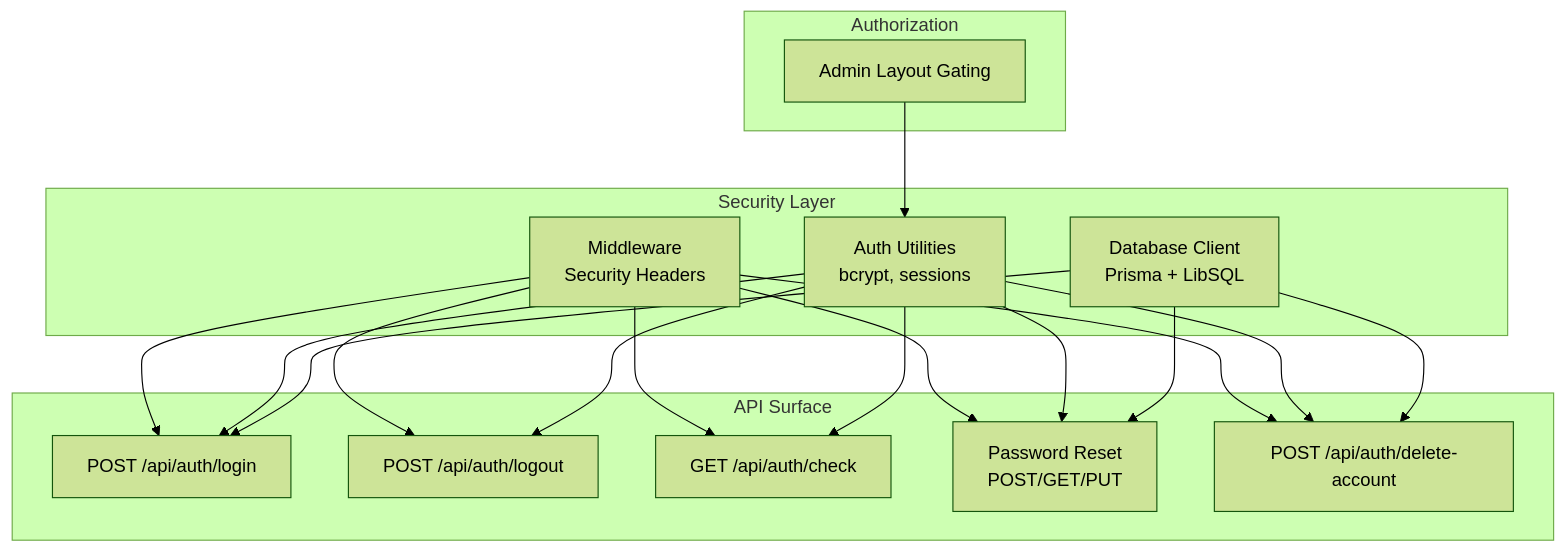
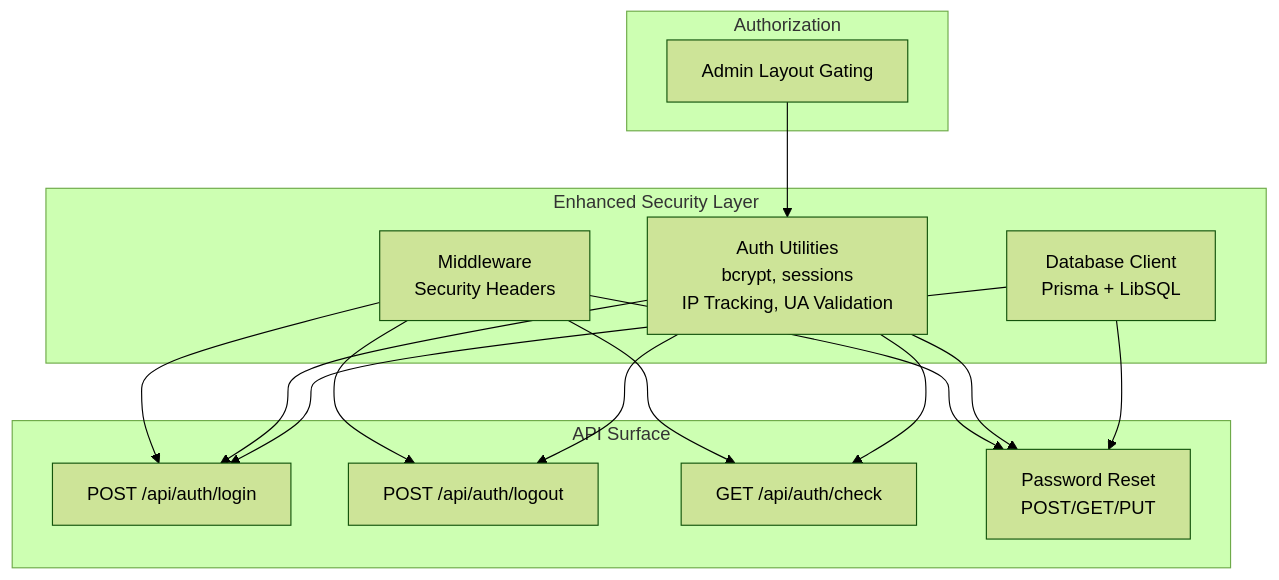
Before and after one commit to xLegarda/GreenAxis: the first of 10 diagrams in .qoder/repowiki/en/content/Security Implementation/Security Implementation.md, drawn with Mermaid (forest theme). The commit also changed other lines of this file and 42 other files, not shown here.

````diff
--- a/.qoder/repowiki/en/content/Security Implementation/Security Implementation.md
+++ b/.qoder/repowiki/en/content/Security Implementation/Security Implementation.md
@@ -45,32 +52,28 @@
 ```mermaid
 graph TB
-subgraph "Security Layer"
+subgraph "Enhanced Security Layer"
 MW["Middleware<br/>Security Headers"]
-AUTH["Auth Utilities<br/>bcrypt, sessions"]
+AUTH["Auth Utilities<br/>bcrypt, sessions<br/>IP Tracking, UA Validation"]
 DB["Database Client<br/>Prisma + LibSQL"]
 end
 subgraph "API Surface"
 LOGIN["POST /api/auth/login"]
 LOGOUT["POST /api/auth/logout"]
 CHECK["GET /api/auth/check"]
 RESET["Password Reset<br/>POST/GET/PUT"]
-DELACC["POST /api/auth/delete-account"]
 end
 subgraph "Authorization"
 ADMINLAYOUT["Admin Layout Gating"]
 end
 MW --> LOGIN
 MW --> LOGOUT
 MW --> CHECK
 MW --> RESET
-MW --> DELACC
 AUTH --> LOGIN
 AUTH --> LOGOUT
 AUTH --> CHECK
 AUTH --> RESET
-AUTH --> DELACC
 DB --> LOGIN
 DB --> RESET
-DB --> DELACC
 ADMINLAYOUT --> AUTH
 ```
````
